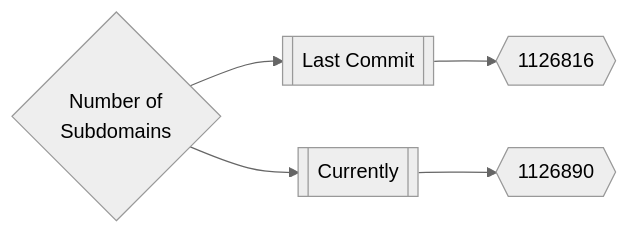
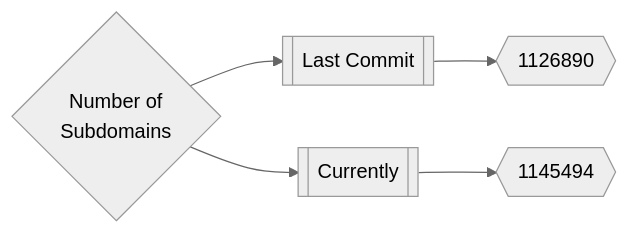
One commit to trickest/inventory changed the first of 3 diagrams in README.md. Above: the diagram before and after it, drawn with Mermaid (neutral theme). The commit also changed other lines of this file and 166 other files, not shown here.

````diff
--- a/README.md
+++ b/README.md
@@ -165,5 +165,5 @@
 ```mermaid
 graph LR
-title{Number of<br>Subdomains} --> subdomainsDate1[[Last Commit]] --> subdomainsNum1{{1126816}}
-title --> subdomainsDate2[[Currently]] --> subdomainsNum2{{1126890}}
+title{Number of<br>Subdomains} --> subdomainsDate1[[Last Commit]] --> subdomainsNum1{{1126890}}
+title --> subdomainsDate2[[Currently]] --> subdomainsNum2{{1145494}}
 ```
````
